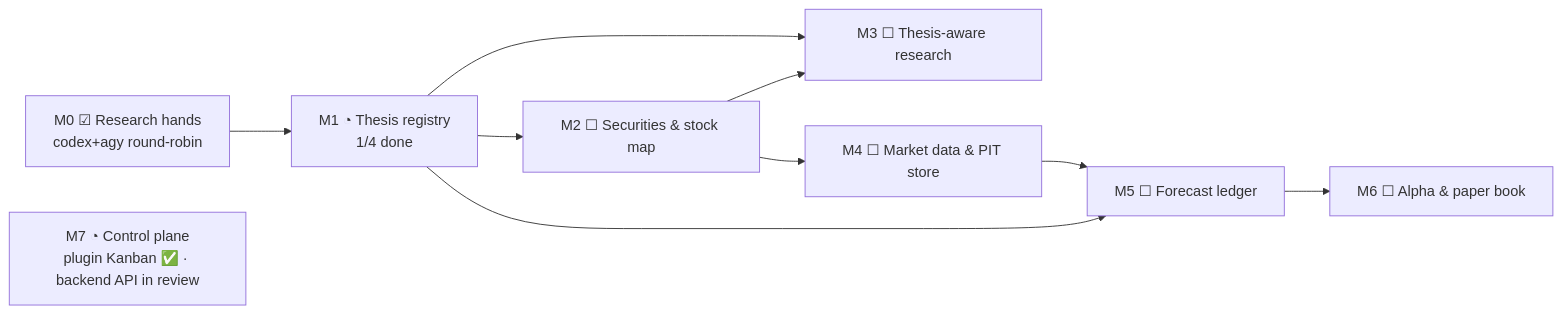
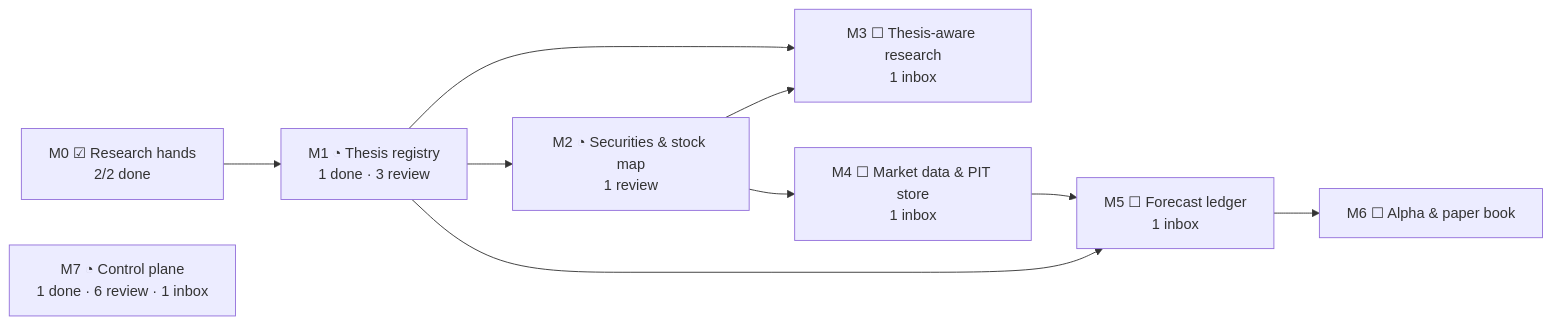
Before and after one commit to dmquant/institute-one: the first of 2 diagrams in README.md, drawn with Mermaid. The commit also changed other lines of this file and 13 other files, not shown here.

Commit message:
Finish thesis and roadmap reconciliation

````diff
--- a/README.md
+++ b/README.md
@@ -158,15 +158,15 @@
 ```mermaid
 flowchart LR
-    M0["M0 ☑ Research hands<br/>codex+agy round-robin"]
-    M1["M1 ◔ Thesis registry<br/>1/4 done"]
-    M2["M2 ☐ Securities & stock map"]
-    M3["M3 ☐ Thesis-aware research"]
-    M4["M4 ☐ Market data & PIT store"]
-    M5["M5 ☐ Forecast ledger"]
+    M0["M0 ☑ Research hands<br/>2/2 done"]
+    M1["M1 ◔ Thesis registry<br/>1 done · 3 review"]
+    M2["M2 ◔ Securities & stock map<br/>1 review"]
+    M3["M3 ☐ Thesis-aware research<br/>1 inbox"]
+    M4["M4 ☐ Market data & PIT store<br/>1 inbox"]
+    M5["M5 ☐ Forecast ledger<br/>1 inbox"]
     M6["M6 ☐ Alpha & paper book"]
-    M7["M7 ◔ Control plane<br/>plugin Kanban ✅ · backend API in review"]
+    M7["M7 ◔ Control plane<br/>1 done · 6 review · 1 inbox"]
     M0 --> M1 --> M2
     M1 & M2 --> M3
     M2 --> M4 --> M5 --> M6
     M1 --> M5
 ```
````
